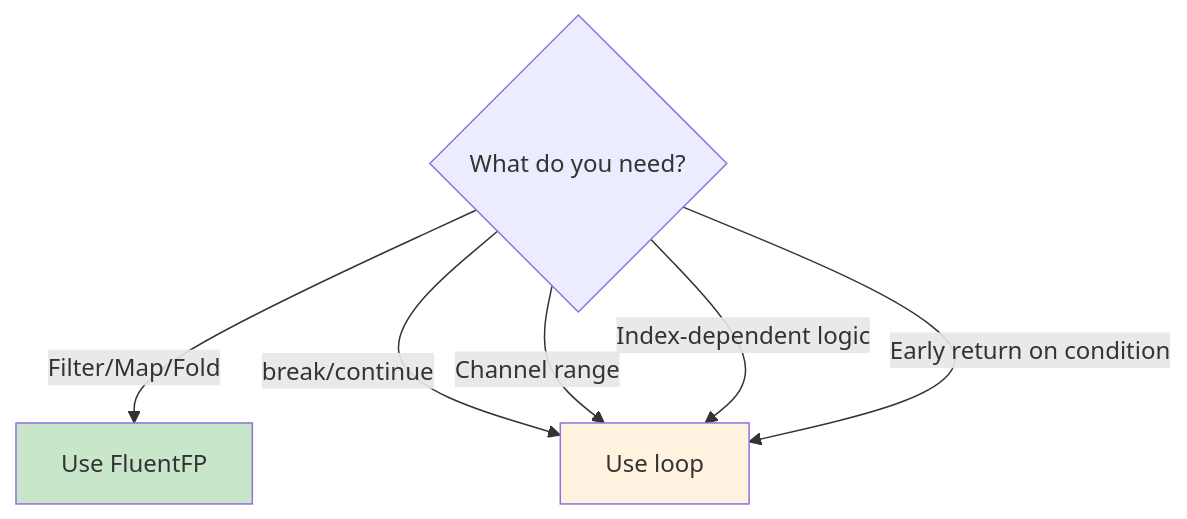
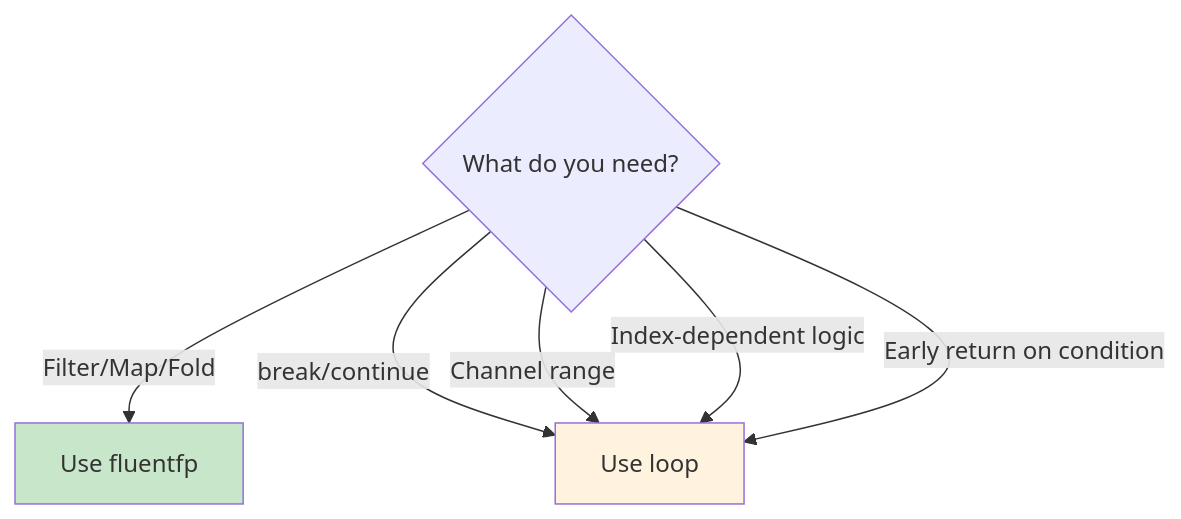
Before and after one commit to binaryphile/fluentfp: the fourth of 4 diagrams in analysis.md, drawn with Mermaid. The commit also changed other lines of this file and 3 other files, not shown here.

````diff
--- a/analysis.md
+++ b/analysis.md
@@ -263,12 +265,12 @@
 ```mermaid
 flowchart TD
     Q{"What do you need?"}
-    Q -->|"Filter/Map/Fold"| FP["Use FluentFP"]
+    Q -->|"Filter/Map/Fold"| FP["Use fluentfp"]
     Q -->|"break/continue"| Loop["Use loop"]
     Q -->|"Channel range"| Loop
     Q -->|"Index-dependent logic"| Loop
     Q -->|"Early return on condition"| Loop
 
     style FP fill:#c8e6c9
     style Loop fill:#fff3e0
 ```
````
